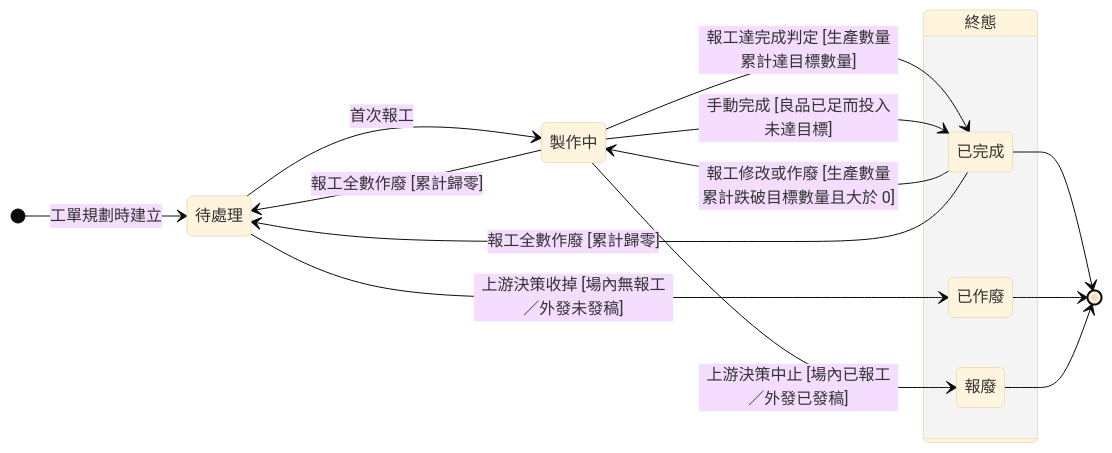
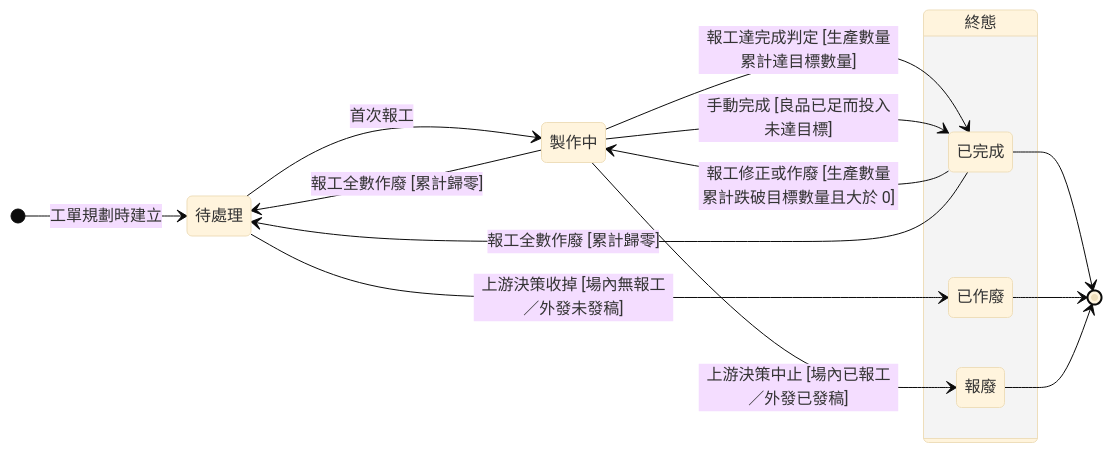
Before and after one commit to Kawato-Miles/erp-spec: the diagram in memory/Sens_wiki/wiki/erp/06-state-machines/生產任務狀態.md, drawn with Mermaid (base theme). The commit also changed other lines of this file and 66 other files, not shown here.

````diff
--- a/memory/Sens_wiki/wiki/erp/06-state-machines/生產任務狀態.md
+++ b/memory/Sens_wiki/wiki/erp/06-state-machines/生產任務狀態.md
@@ -46,30 +47,30 @@
 ```mermaid
 stateDiagram-v2
     direction LR
 
     [*] --> s_pending : 工單規劃時建立
 
     state "待處理" as s_pending
     state "製作中" as s_making
 
     state "終態" as Final {
         state "已完成" as s_done
         state "已作廢" as s_void
         state "報廢" as s_scrap
     }
 
     s_pending --> s_making : 首次報工
     s_making --> s_done : 報工達完成判定 [生產數量累計達目標數量]
     s_making --> s_done : 手動完成 [良品已足而投入未達目標]
 
     s_making --> s_pending : 報工全數作廢 [累計歸零]
-    s_done --> s_making : 報工修改或作廢 [生產數量累計跌破目標數量且大於 0]
+    s_done --> s_making : 報工修正或作廢 [生產數量累計跌破目標數量且大於 0]
     s_done --> s_pending : 報工全數作廢 [累計歸零]
 
     s_pending --> s_void : 上游決策收掉 [場內無報工／外發未發稿]
     s_making --> s_scrap : 上游決策中止 [場內已報工／外發已發稿]
 
     s_done --> [*]
     s_void --> [*]
     s_scrap --> [*]
 ```
````
